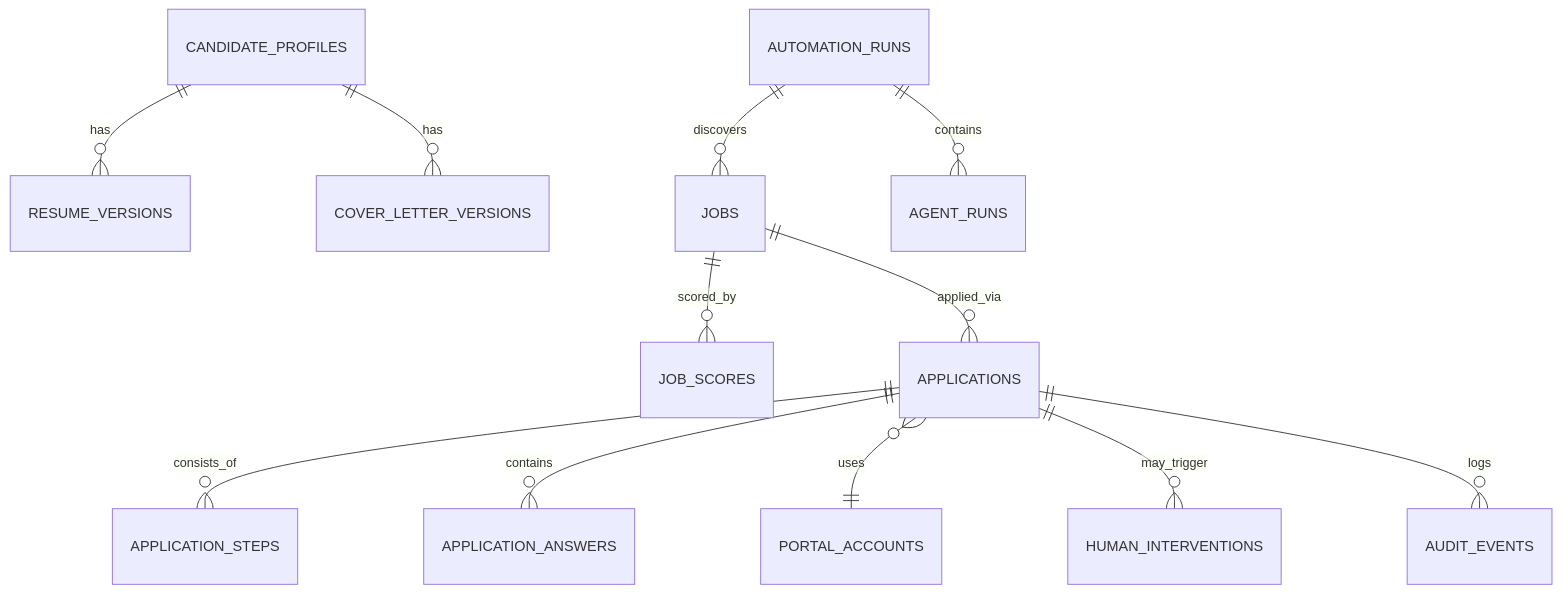
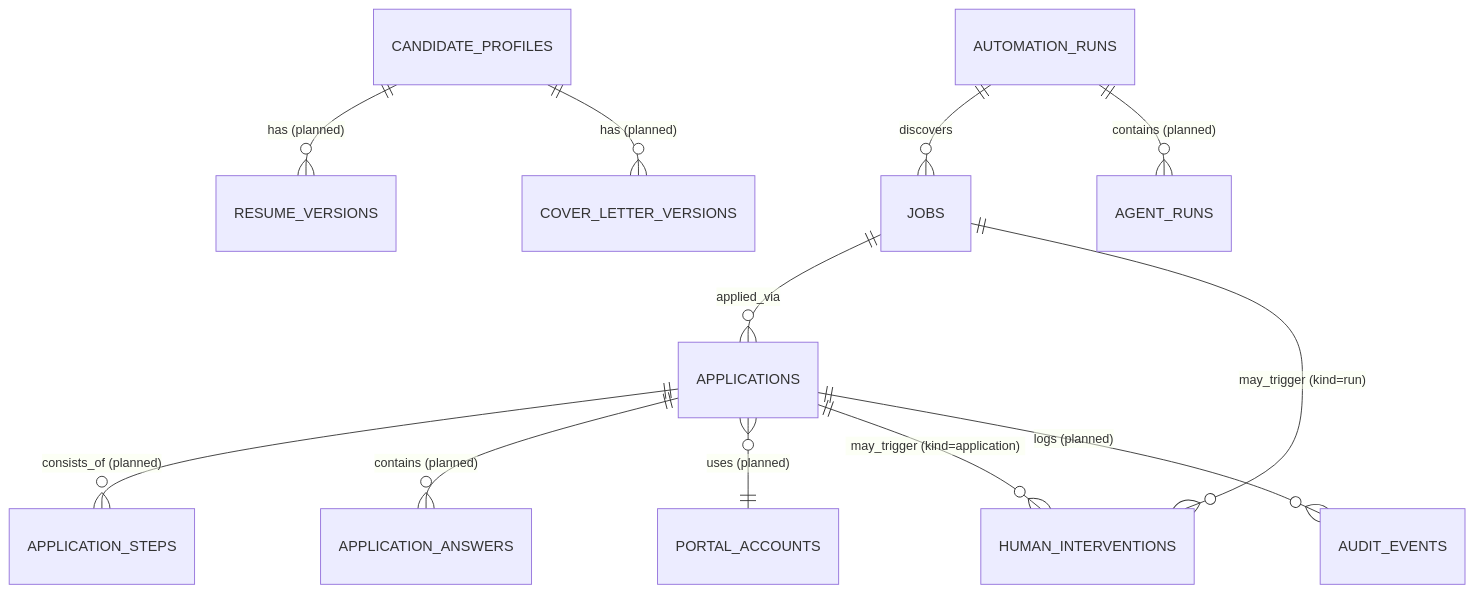
Before and after one commit to TravelXML/Langchain: diagram 21 of 22 in ARCHITECTURE.md, drawn with Mermaid. The commit also changed other lines of this file and 134 other files, not shown here.

````diff
--- a/ARCHITECTURE.md
+++ b/ARCHITECTURE.md
@@ -494,14 +1153,14 @@
 ```mermaid
 erDiagram
-    CANDIDATE_PROFILES ||--o{ RESUME_VERSIONS : has
-    CANDIDATE_PROFILES ||--o{ COVER_LETTER_VERSIONS : has
-    JOBS ||--o{ JOB_SCORES : scored_by
+    CANDIDATE_PROFILES ||--o{ RESUME_VERSIONS : "has (planned)"
+    CANDIDATE_PROFILES ||--o{ COVER_LETTER_VERSIONS : "has (planned)"
+    AUTOMATION_RUNS ||--o{ JOBS : discovers
     JOBS ||--o{ APPLICATIONS : applied_via
-    APPLICATIONS ||--o{ APPLICATION_STEPS : consists_of
-    APPLICATIONS ||--o{ APPLICATION_ANSWERS : contains
-    APPLICATIONS }o--|| PORTAL_ACCOUNTS : uses
-    AUTOMATION_RUNS ||--o{ AGENT_RUNS : contains
-    AUTOMATION_RUNS ||--o{ JOBS : discovers
-    APPLICATIONS ||--o{ HUMAN_INTERVENTIONS : may_trigger
-    APPLICATIONS ||--o{ AUDIT_EVENTS : logs
+    APPLICATIONS ||--o{ APPLICATION_STEPS : "consists_of (planned)"
+    APPLICATIONS ||--o{ APPLICATION_ANSWERS : "contains (planned)"
+    APPLICATIONS }o--|| PORTAL_ACCOUNTS : "uses (planned)"
+    AUTOMATION_RUNS ||--o{ AGENT_RUNS : "contains (planned)"
+    JOBS ||--o{ HUMAN_INTERVENTIONS : "may_trigger (kind=run)"
+    APPLICATIONS ||--o{ HUMAN_INTERVENTIONS : "may_trigger (kind=application)"
+    APPLICATIONS ||--o{ AUDIT_EVENTS : "logs (planned)"
 ```
````
